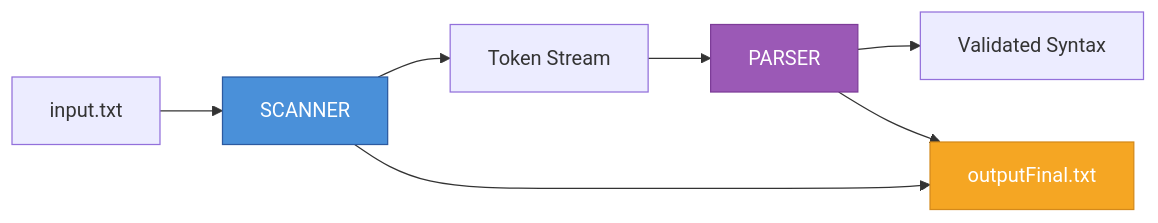
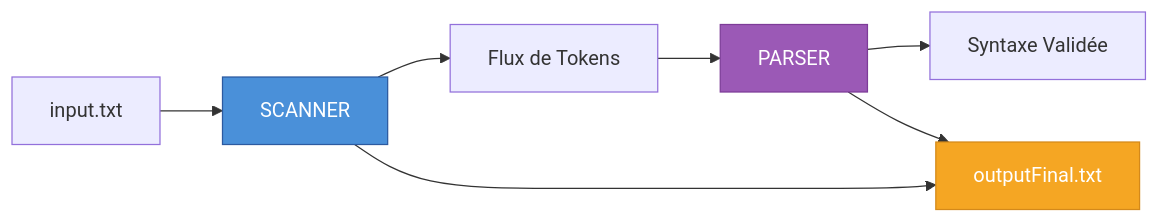
One commit to Saad-programmer/Compilation-TP2-1PASS changed the first of 5 diagrams in README.md. Above: the diagram before and after it, drawn with Mermaid. The commit also changed other lines of this file, not shown here.

````diff
--- a/README.md
+++ b/README.md
@@ -73,13 +73,13 @@
 ```mermaid
 graph LR
     A[input.txt] --> B[SCANNER]
-    B --> C[Token Stream]
+    B --> C[Flux de Tokens]
     C --> D[PARSER]
-    D --> E[Validated Syntax]
+    D --> E[Syntaxe Validée]
     B --> F[outputFinal.txt]
     D --> F
     
     style B fill:#4a90d9,stroke:#2c5aa0,color:#fff
     style D fill:#9b59b6,stroke:#7d3c98,color:#fff
     style F fill:#f5a623,stroke:#d4891a,color:#fff
 ```
````
